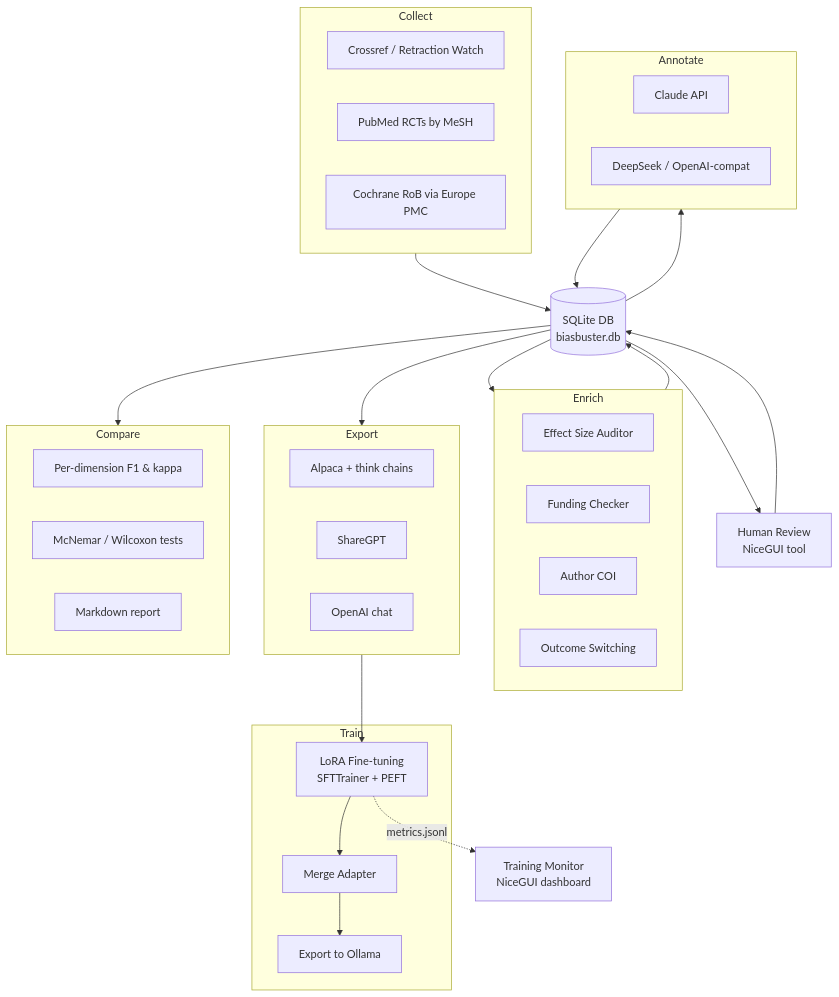
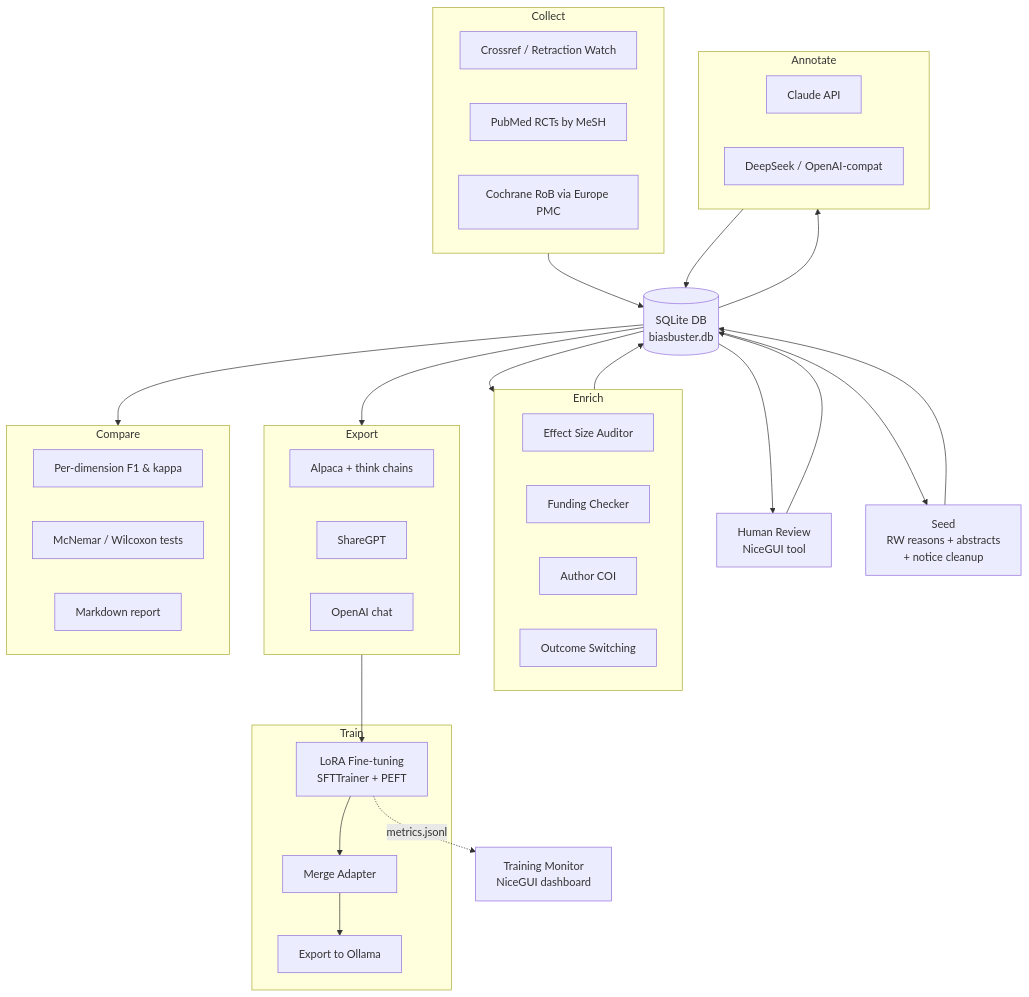
The diagram in README.md (hherb/biasbuster), drawn with Mermaid before and after one commit. The commit also changed other lines of this file and 3 other files, not shown here.

````diff
--- a/README.md
+++ b/README.md
@@ -198,53 +211,56 @@
 ```mermaid
 flowchart TD
     subgraph Collect
         C1[Crossref / Retraction Watch]
         C2[PubMed RCTs by MeSH]
         C3[Cochrane RoB via Europe PMC]
     end
 
     DB[(SQLite DB<br/>biasbuster.db)]
 
     subgraph Enrich
         E1[Effect Size Auditor]
         E2[Funding Checker]
         E3[Author COI]
         E4[Outcome Switching]
     end
 
     subgraph Annotate
         A1[Claude API]
         A2[DeepSeek / OpenAI-compat]
     end
 
     HR[Human Review<br/>NiceGUI tool]
 
     subgraph Export
         X1[Alpaca + think chains]
         X2[ShareGPT]
         X3[OpenAI chat]
     end
 
     subgraph Train
         T1[LoRA Fine-tuning<br/>SFTTrainer + PEFT]
         T2[Merge Adapter]
         T3[Export to Ollama]
     end
 
     TM[Training Monitor<br/>NiceGUI dashboard]
 
     subgraph Compare
         M1[Per-dimension F1 & kappa]
         M2[McNemar / Wilcoxon tests]
         M3[Markdown report]
     end
 
+    SD[Seed<br/>RW reasons + abstracts<br/>+ notice cleanup]
+
     Collect --> DB
+    DB --> SD --> DB
     DB --> Enrich --> DB
     DB --> Annotate --> DB
     DB --> HR --> DB
     DB --> Export
     Export --> T1 --> T2 --> T3
     T1 -.->|metrics.jsonl| TM
     DB --> Compare
 ```
````
